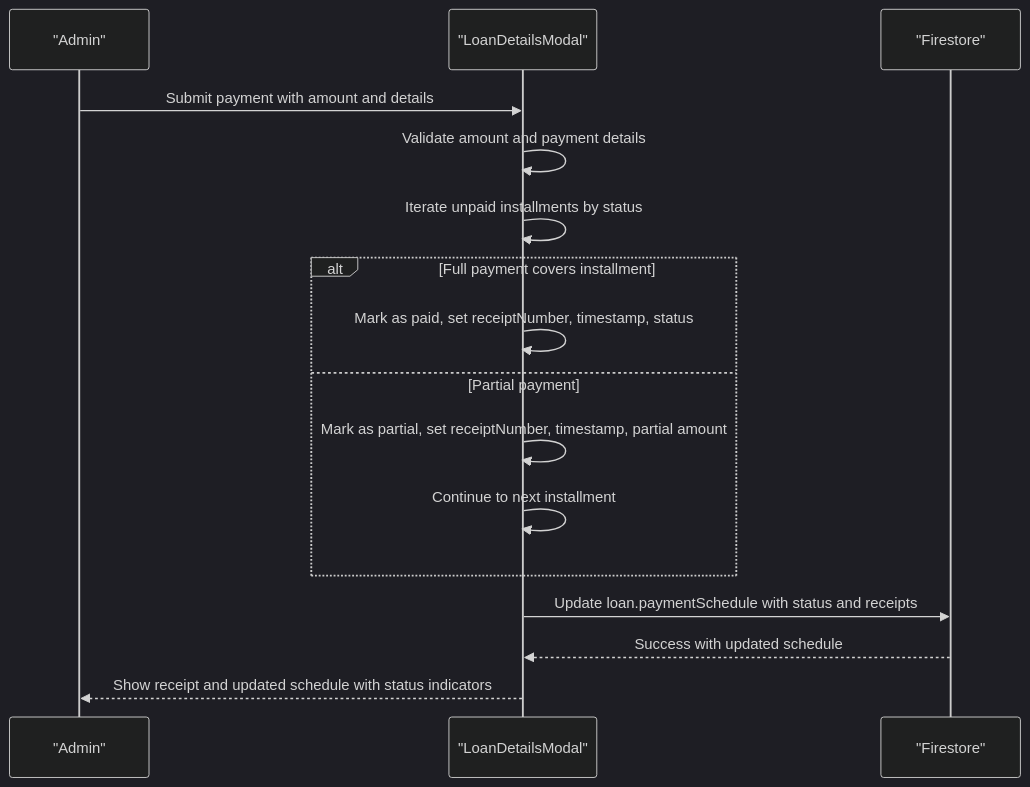
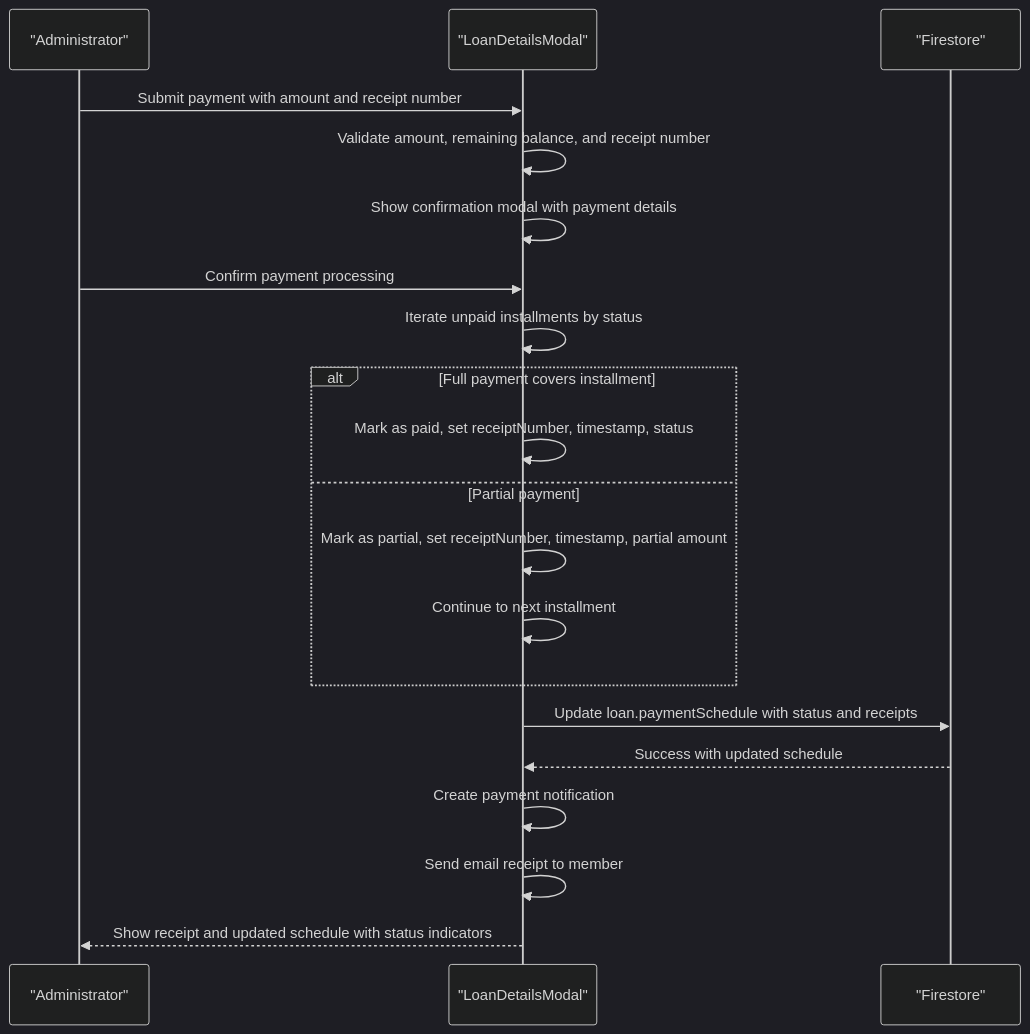
The fifth of 8 diagrams in .qoder/repowiki/en/content/Loan Management System/Loan Repayment System.md (Unsure-bry/sampacoop_system), drawn with Mermaid (dark theme) before and after one commit. The commit also changed other lines of this file and 4 other files, not shown here.

````diff
--- a/.qoder/repowiki/en/content/Loan Management System/Loan Repayment System.md
+++ b/.qoder/repowiki/en/content/Loan Management System/Loan Repayment System.md
@@ -232,18 +243,22 @@
 ```mermaid
 sequenceDiagram
-participant Admin as "Admin"
+participant Admin as "Administrator"
 participant Modal as "LoanDetailsModal"
 participant FS as "Firestore"
-Admin->>Modal : Submit payment with amount and details
-Modal->>Modal : Validate amount and payment details
+Admin->>Modal : Submit payment with amount and receipt number
+Modal->>Modal : Validate amount, remaining balance, and receipt number
+Modal->>Modal : Show confirmation modal with payment details
+Admin->>Modal : Confirm payment processing
 Modal->>Modal : Iterate unpaid installments by status
 alt Full payment covers installment
 Modal->>Modal : Mark as paid, set receiptNumber, timestamp, status
 else Partial payment
 Modal->>Modal : Mark as partial, set receiptNumber, timestamp, partial amount
 Modal->>Modal : Continue to next installment
 end
 Modal->>FS : Update loan.paymentSchedule with status and receipts
 FS-->>Modal : Success with updated schedule
+Modal->>Modal : Create payment notification
+Modal->>Modal : Send email receipt to member
 Modal-->>Admin : Show receipt and updated schedule with status indicators
 ```
````
